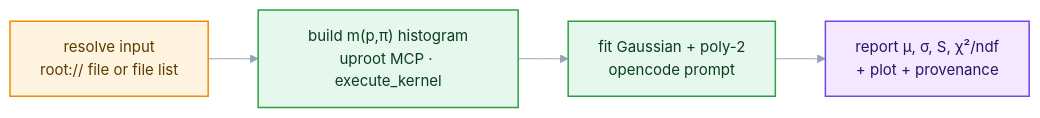
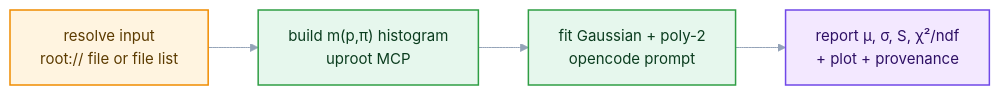
The diagram in episodes/05-end-to-end-agents.md (eic/tutorial-mcp), drawn with Mermaid before and after one commit. The commit also changed other lines of this file and 16 other files, not shown here.

````diff
--- a/episodes/05-end-to-end-agents.md
+++ b/episodes/05-end-to-end-agents.md
@@ -95,12 +84,12 @@
 ```mermaid
 %%{init: {'theme':'base', 'themeVariables': {'fontSize':'15px','lineColor':'#94a3b8','edgeLabelBackground':'#e2e8f0','clusterBkg':'#1f293720','clusterBorder':'#94a3b8','titleColor':'#94a3b8'}}}%%
 flowchart LR
     accTitle: {End-to-end agent run}
     accDescr: {End-to-end agent run}
-    A["resolve input<br/>root:// file or file list"]:::data --> B["build m(p,π) histogram<br/>uproot MCP · execute_kernel"]:::tool
+    A["resolve input<br/>root:// file or file list"]:::data --> B["build m(p,π) histogram<br/>uproot MCP"]:::tool
     B --> C["fit Gaussian + poly-2<br/>opencode prompt"]:::tool
     C --> D["report μ, σ, S, χ²/ndf<br/>+ plot + provenance"]:::out
     classDef data fill:#fff4e0,stroke:#f08c00,stroke-width:1.5px,color:#5c3b00;
     classDef tool fill:#e6f7ed,stroke:#2f9e44,stroke-width:1.5px,color:#0b3d1f;
     classDef out fill:#f3e8ff,stroke:#7048e8,stroke-width:1.5px,color:#2e1065;
 ```
````
